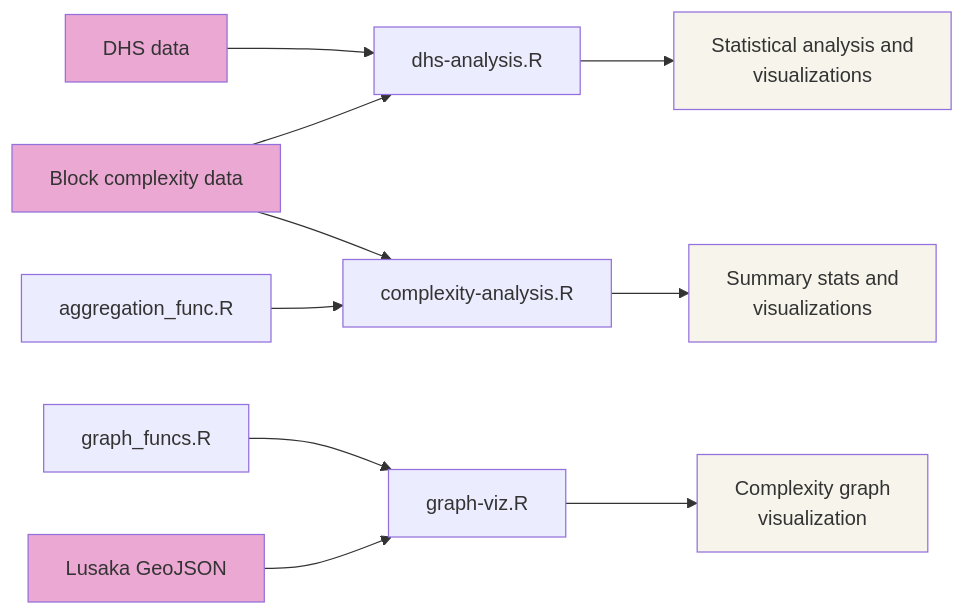
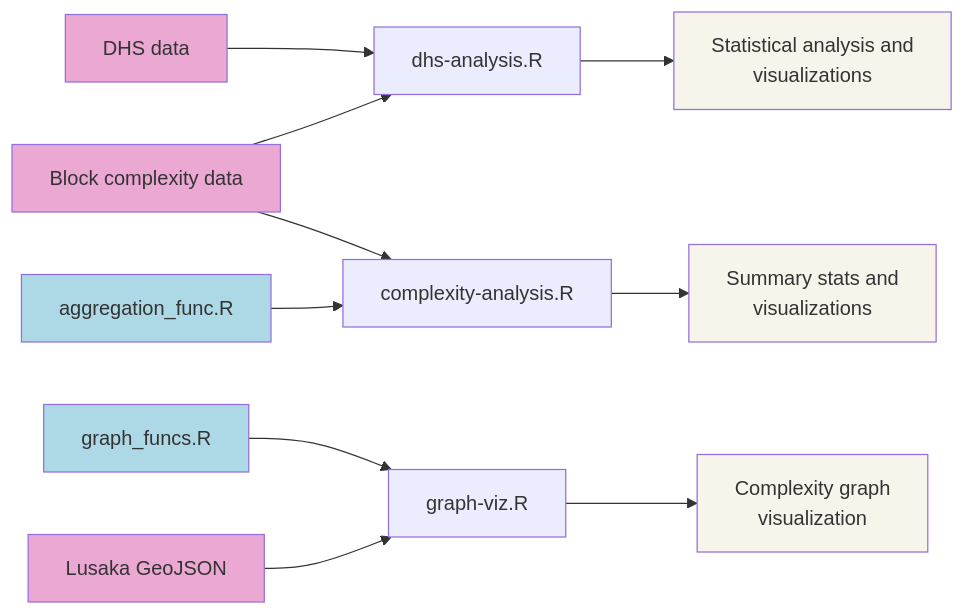
The diagram in ReadMe.md (mansueto-institute/kblock-analysis), drawn with Mermaid before and after one commit.

````diff
--- a/ReadMe.md
+++ b/ReadMe.md
@@ -22,21 +22,24 @@
 ```mermaid
 graph LR
 G[DHS data] --> C
 A[Block complexity data] --> B[complexity-analysis.R]
 E[aggregation_func.R] --> B
 A --> C[dhs-analysis.R]
 B --> Z[Summary stats and<br>visualizations]
 C --> X[Statistical analysis and<br>visualizations]
 
 F[graph_funcs.R] --> D[graph-viz.R]
 J[Lusaka GeoJSON] --> D
 D --> Y[Complexity graph<br>visualization]
 
 style A fill:#eba8d3
 style G fill:#eba8d3
 style J fill:#eba8d3
 
 style Z fill: #f7f5eb
 style X fill: #f7f5eb
 style Y fill: #f7f5eb
+
+style F fill: #ADD8E6
+style E fill: #ADD8E6
 ```
````
